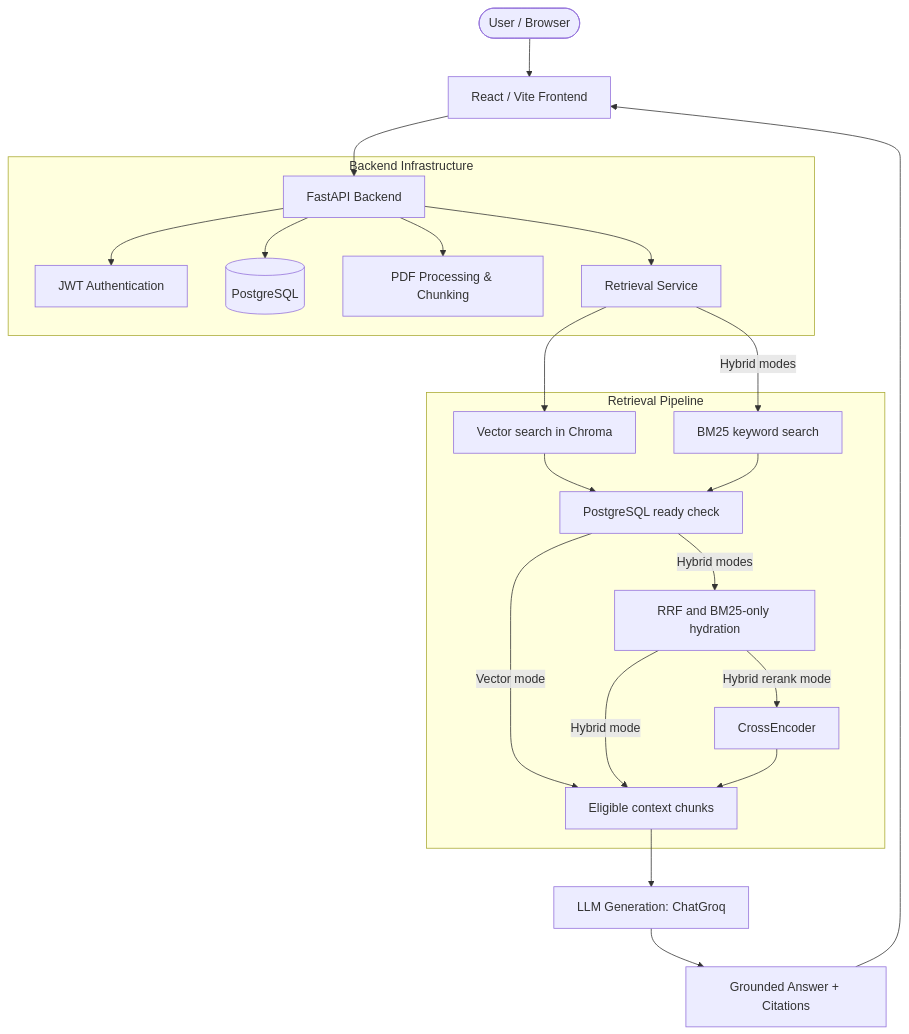
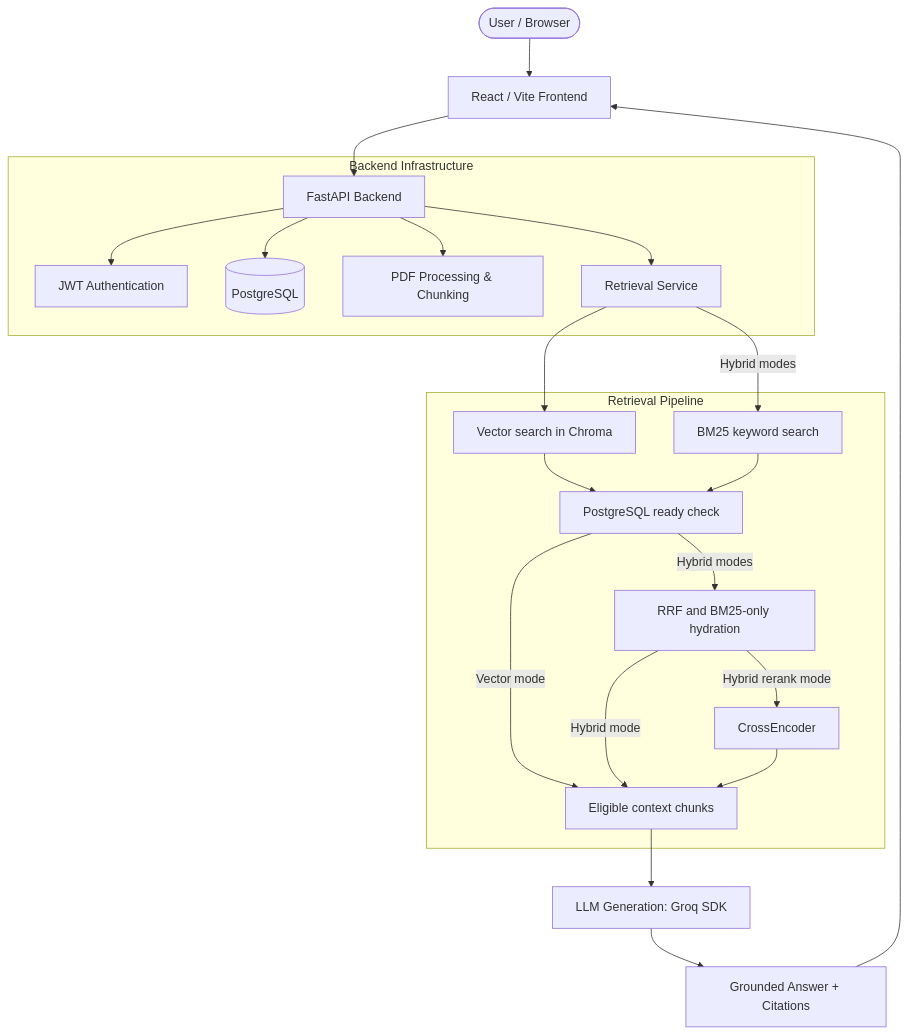
Before and after one commit to supriyaaa15/InCite: the diagram in README.md, drawn with Mermaid. The commit also changed other lines of this file and 10 other files, not shown here.

Commit message:
refactor: use native Groq SDK for chat generation

````diff
--- a/README.md
+++ b/README.md
@@ -34,28 +34,28 @@
 ```mermaid
 flowchart TD
     User([User / Browser]) --> Frontend[React / Vite Frontend]
     Frontend --> API[FastAPI Backend]
 
     subgraph Backend Infrastructure
         API --> Auth[JWT Authentication]
         API --> DB[(PostgreSQL)]
         API --> Ingest[PDF Processing & Chunking]
         API --> Retrieval[Retrieval Service]
     end
 
     subgraph Retrieval Pipeline
         Retrieval --> Vector[Vector search in Chroma]
         Retrieval -->|Hybrid modes| BM25[BM25 keyword search]
         Vector --> Eligibility[PostgreSQL ready check]
         BM25 --> Eligibility
         Eligibility -->|Vector mode| TopK[Eligible context chunks]
         Eligibility -->|Hybrid modes| Hybrid[RRF and BM25-only hydration]
         Hybrid -->|Hybrid mode| TopK
         Hybrid -->|Hybrid rerank mode| Rerank[CrossEncoder]
         Rerank --> TopK
     end
 
-    TopK --> LLM[LLM Generation: ChatGroq]
+    TopK --> LLM[LLM Generation: Groq SDK]
     LLM --> Response[Grounded Answer + Citations]
     Response --> Frontend
 ```
````
